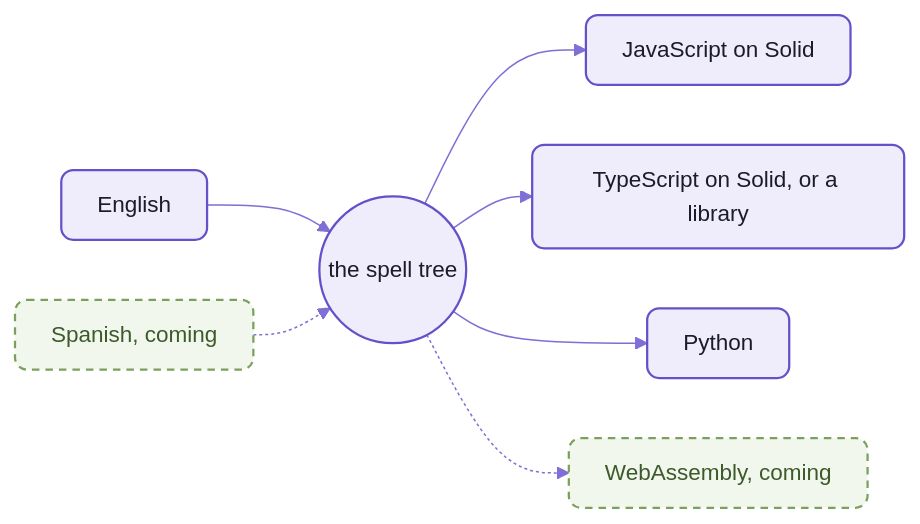
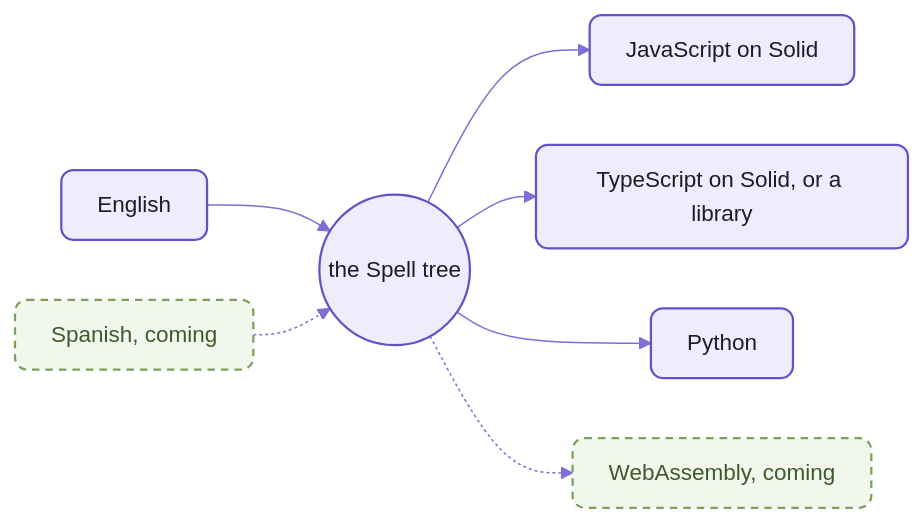
Before and after one commit to spell-app/spell: the first of 2 diagrams in parser/README.md, drawn with Mermaid. The commit also changed other lines of this file and 7 other files, not shown here.

````diff
--- a/parser/README.md
+++ b/parser/README.md
@@ -111,14 +152,14 @@
 ```mermaid
 %%{init: {"theme":"base","themeVariables":{"fontFamily":"-apple-system, BlinkMacSystemFont, Segoe UI, Helvetica, Arial, sans-serif","fontSize":"15px","primaryColor":"#EFECFB","primaryBorderColor":"#6550CA","primaryTextColor":"#1A1C27","secondaryColor":"#F4F1E9","tertiaryColor":"#F7F6FC","lineColor":"#7F6FD6","textColor":"#7F6FD6","clusterBkg":"#F7F6FC","clusterBorder":"#B9B0E8","titleColor":"#1A1C27","edgeLabelBackground":"#F7F6FC","actorBkg":"#EFECFB","actorBorder":"#6550CA","actorTextColor":"#1A1C27","actorLineColor":"#9C90DE","signalColor":"#7F6FD6","signalTextColor":"#7F6FD6","labelBoxBkgColor":"#EFECFB","labelBoxBorderColor":"#6550CA","labelTextColor":"#1A1C27","loopTextColor":"#7F6FD6","noteBkgColor":"#F1E7D4","noteBorderColor":"#C9B48A","noteTextColor":"#1A1C27","activationBkgColor":"#DCD6F7","activationBorderColor":"#6550CA","sequenceNumberColor":"#FFFFFF"},"flowchart":{"curve":"basis","padding":12,"nodeSpacing":40,"rankSpacing":44}}}%%
 flowchart LR
-  en[English] --> tree((the spell tree))
+  en[English] --> tree((the Spell tree))
   es[Spanish, coming] -.-> tree
   tree --> js[JavaScript on Solid]
   tree --> ts[TypeScript on Solid, or a library]
   tree --> py[Python]
   tree -.-> wasm[WebAssembly, coming]
   %% the Spell look:  yarn mermaid:pretty
   classDef default fill:#EFECFB,stroke:#6550CA,stroke-width:1.5px,color:#1A1C27,rx:8px,ry:8px
   classDef coming fill:#F2F7EE,stroke:#7BA05B,stroke-width:1.5px,stroke-dasharray:5 4,color:#3D5A2A,rx:8px,ry:8px
   class es,wasm coming
 ```
````
